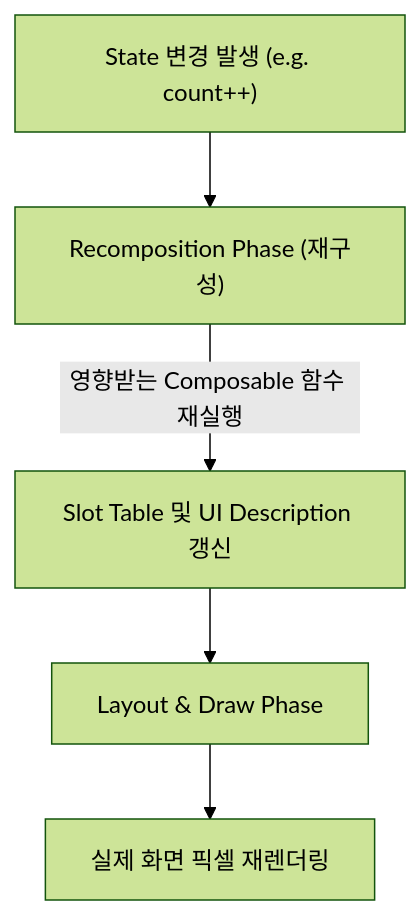
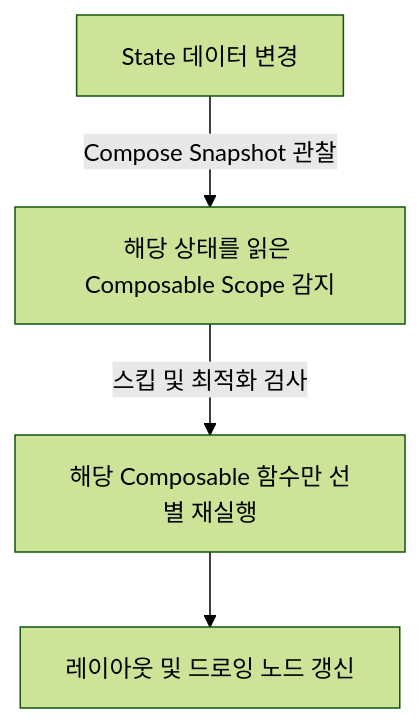
Before and after one commit to youngmin-gwon/what-i-studied: the diagram in 01_inbox/mobile/android/02_app_framework/jetpack-compose/runtime/recomposition.md, drawn with Mermaid (forest theme). The commit also changed other lines of this file and 52 other files, not shown here.

````diff
--- a/01_inbox/mobile/android/02_app_framework/jetpack-compose/runtime/recomposition.md
+++ b/01_inbox/mobile/android/02_app_framework/jetpack-compose/runtime/recomposition.md
@@ -22,7 +30,6 @@
 ```mermaid
 graph TD
-    StateChange["State 변경 발생 (e.g. count++)"] --> RecompPhase["Recomposition Phase (재구성)"]
-    RecompPhase -->|영향받는 Composable 함수 재실행| SlotTable["Slot Table 및 UI Description 갱신"]
-    SlotTable --> LayoutDraw["Layout & Draw Phase"]
-    LayoutDraw --> Screen["실제 화면 픽셀 재렌더링"]
+    StateData["State<T> 데이터 변경"] -->|Compose Snapshot 관찰| ScopeDetect["해당 상태를 읽은 Composable Scope 감지"]
+    ScopeDetect -->|스킵 및 최적화 검사| RecompExec["해당 Composable 함수만 선별 재실행"]
+    RecompExec --> LayoutDraw["레이아웃 및 드로잉 노드 갱신"]
 ```
````
